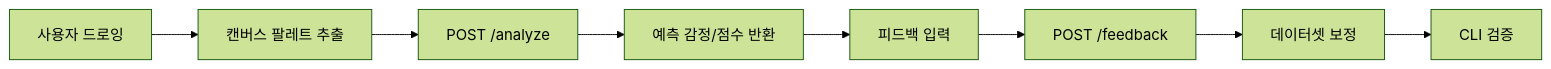
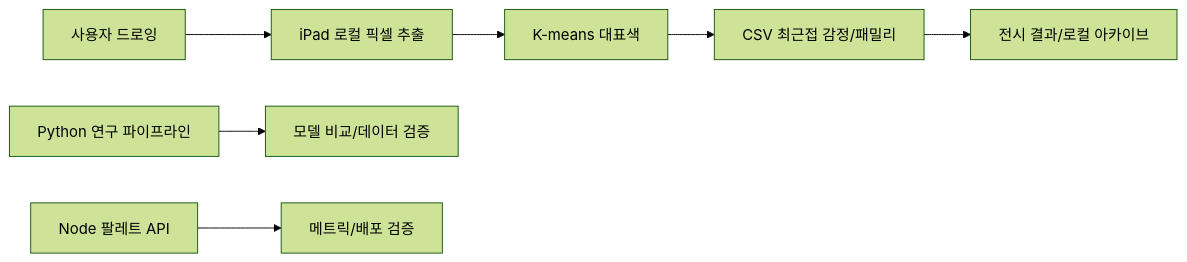
One commit to acertainromance401/SentiVision changed the diagram in Project_Descriptions/Project_Description.md. Above: the diagram before and after it, drawn with Mermaid (forest theme). The commit also changed other lines of this file and 20 other files, not shown here.

````diff
--- a/Project_Descriptions/Project_Description.md
+++ b/Project_Descriptions/Project_Description.md
@@ -129,10 +140,9 @@
 ```mermaid
 flowchart LR
-  U[사용자 드로잉] --> C[캔버스 팔레트 추출]
-  C --> A[POST /analyze]
-  A --> R[예측 감정/점수 반환]
-  R --> F[피드백 입력]
-  F --> P[POST /feedback]
-  P --> D[데이터셋 보정]
-  D --> V[CLI 검증]
+  U[사용자 드로잉] --> L[iPad 로컬 픽셀 추출]
+  L --> K[K-means 대표색]
+  K --> N[CSV 최근접 감정/패밀리]
+  N --> R[전시 결과/로컬 아카이브]
+  P[Python 연구 파이프라인] --> V[모델 비교/데이터 검증]
+  A[Node 팔레트 API] --> O[메트릭/배포 검증]
 ```
````
